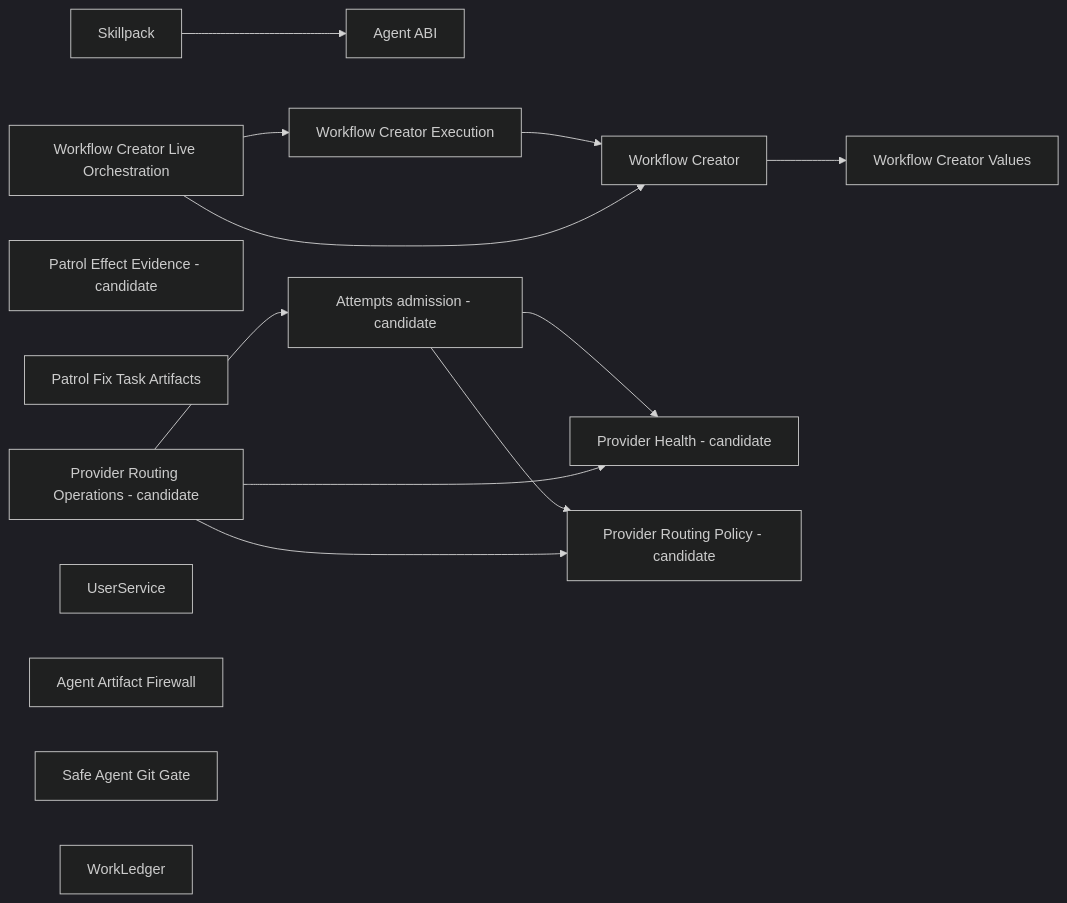
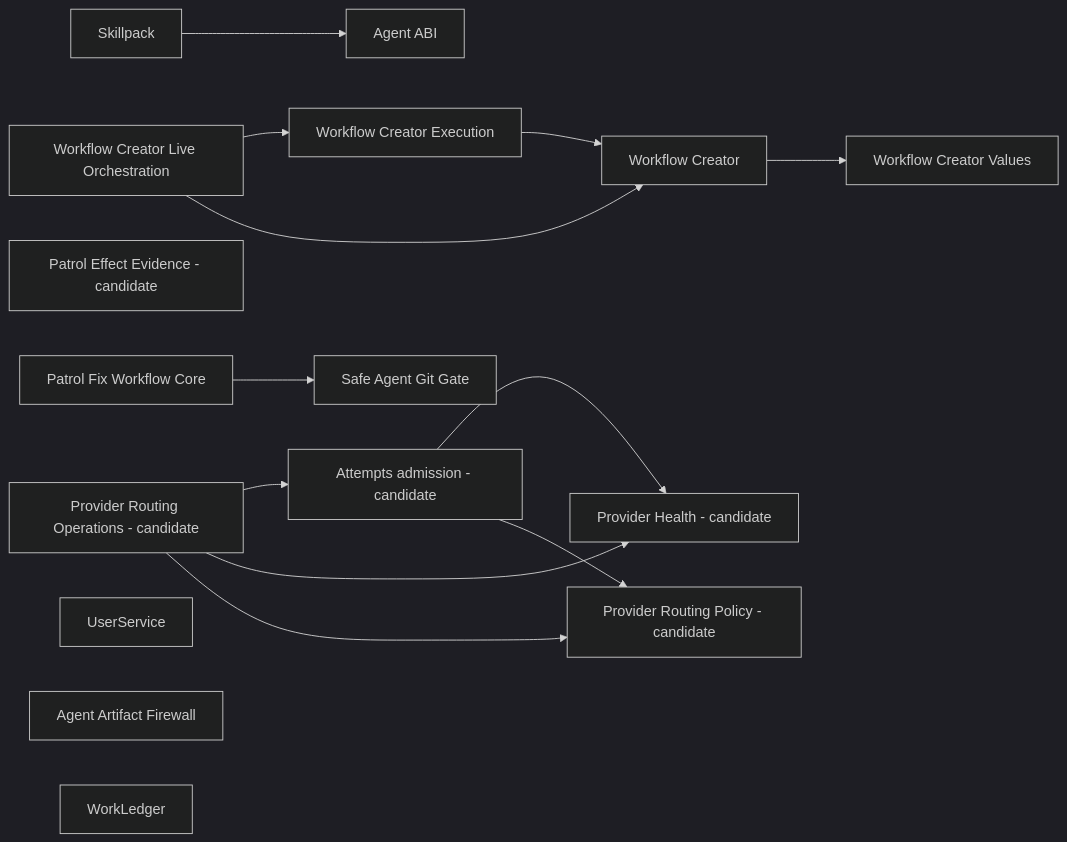
One commit to ivankuznetsov/hive changed the diagram in wiki/component-boundaries.md. Above: the diagram before and after it, drawn with Mermaid (dark theme). The commit also changed other lines of this file and 40 other files, not shown here.

````diff
--- a/wiki/component-boundaries.md
+++ b/wiki/component-boundaries.md
@@ -59,19 +59,18 @@
 ```mermaid
 flowchart LR
   skillpack[Skillpack] --> agent_abi[Agent ABI]
   workflow_execution[Workflow Creator Execution] --> workflow_core[Workflow Creator]
   workflow_live[Workflow Creator Live Orchestration] --> workflow_execution
   workflow_live --> workflow_core
   workflow_core[Workflow Creator] --> workflow_values[Workflow Creator Values]
   patrol_effects[Patrol Effect Evidence - candidate]
-  patrol_fix[Patrol Fix Task Artifacts]
+  patrol_fix[Patrol Fix Workflow Core] --> git_gate[Safe Agent Git Gate]
   attempts[Attempts admission - candidate] --> provider_health[Provider Health - candidate]
   attempts --> provider_routing[Provider Routing Policy - candidate]
   routing_operations[Provider Routing Operations - candidate] --> attempts
   routing_operations --> provider_health
   routing_operations --> provider_routing
   user_service[UserService]
   artifact_firewall[Agent Artifact Firewall]
-  git_gate[Safe Agent Git Gate]
   work_ledger[WorkLedger]
 ```
````
